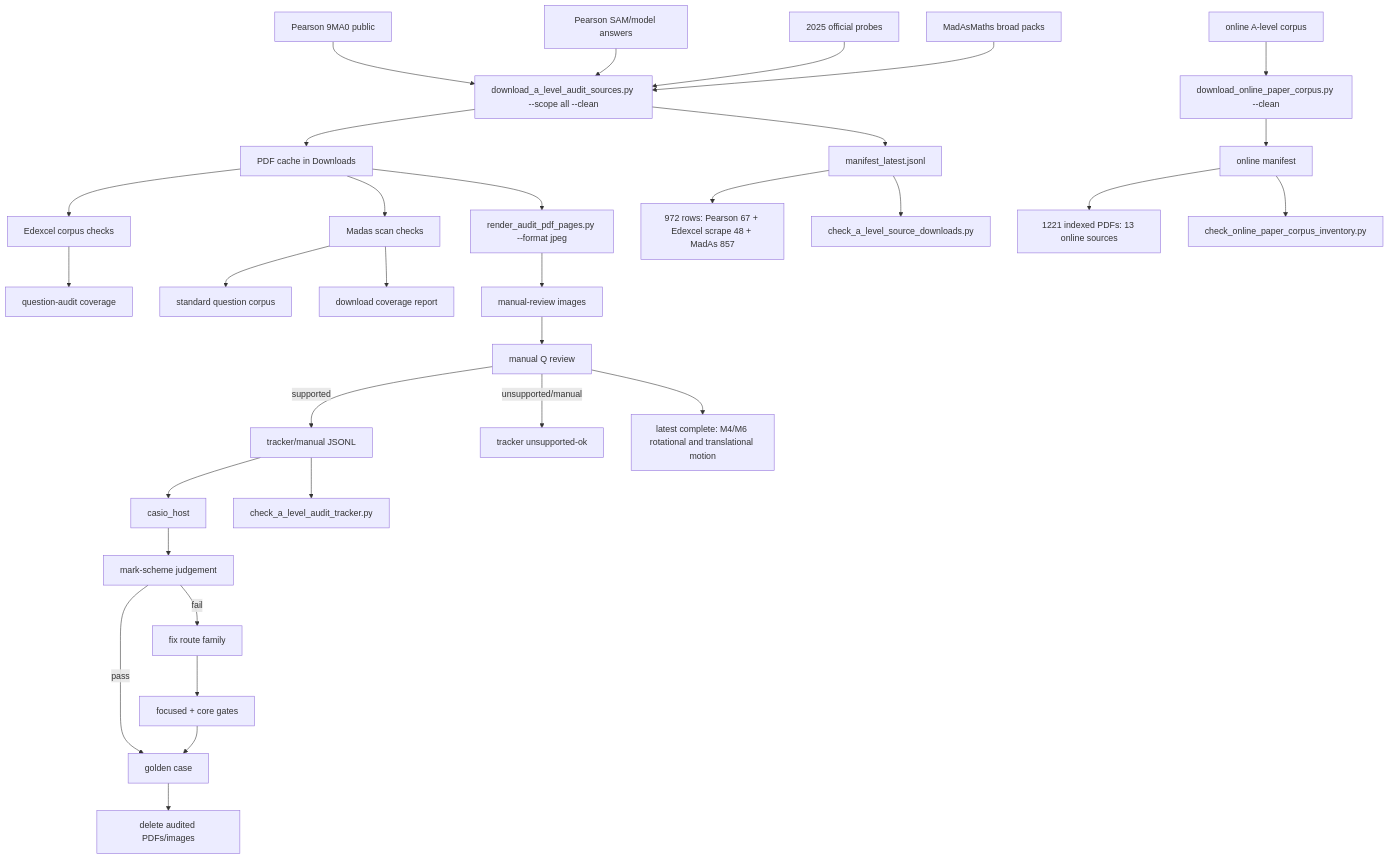
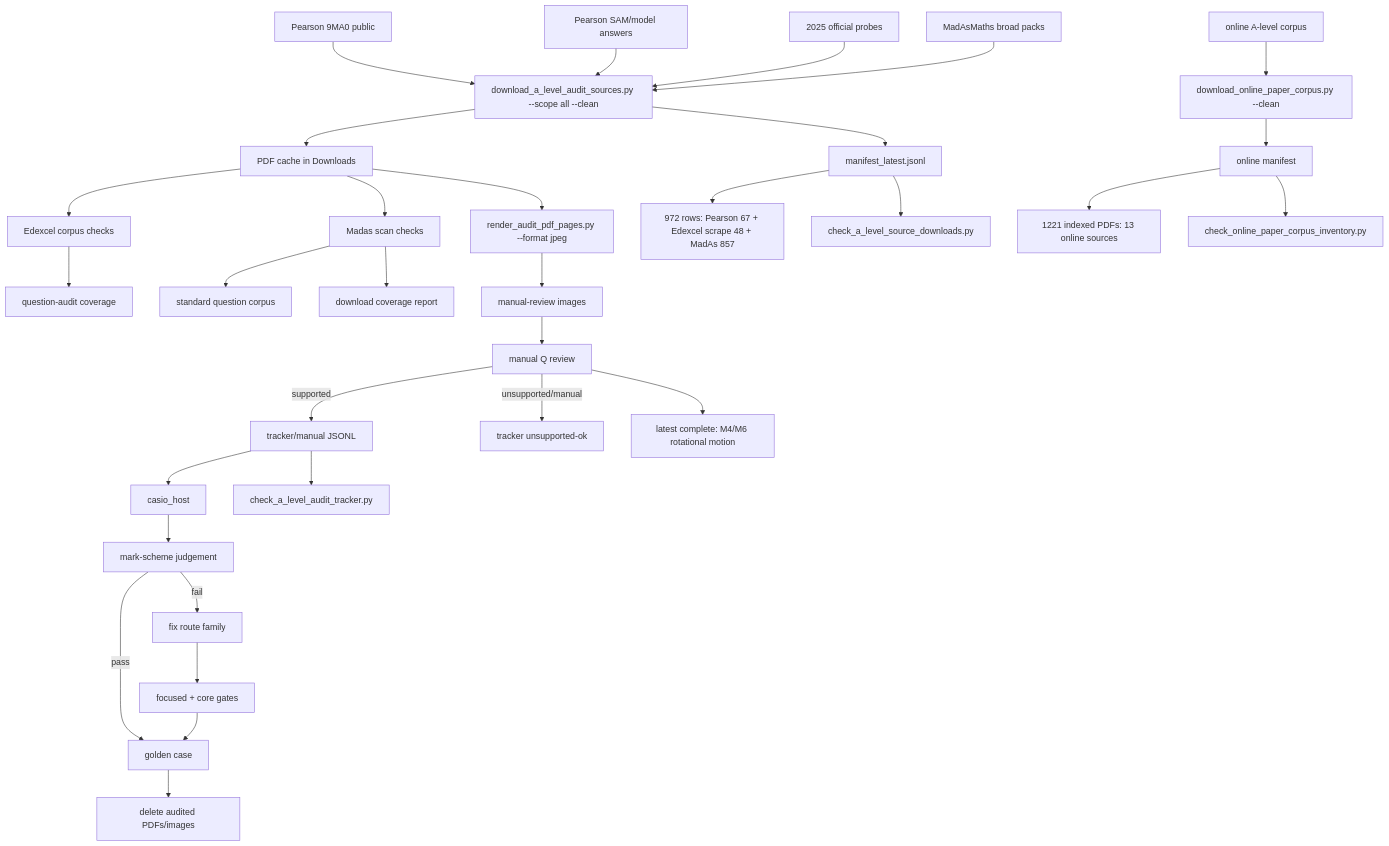
The diagram in c++/tools/golden/a_level_audit_graph.md (james8464/notes-addin-casio-fx-cg50), drawn with Mermaid before and after one commit. The commit also changed other lines of this file and 2 other files, not shown here.

Commit message:
Audit M4 M6 rotational motion booklet

````diff
--- a/c++/tools/golden/a_level_audit_graph.md
+++ b/c++/tools/golden/a_level_audit_graph.md
@@ -3,34 +3,34 @@
 ```mermaid
 graph TD
   E1["Pearson 9MA0 public"] --> D["download_a_level_audit_sources.py --scope all --clean"]
   E2["Pearson SAM/model answers"] --> D
   E3["2025 official probes"] --> D
   M1["MadAsMaths broad packs"] --> D
   O1["online A-level corpus"] --> OD["download_online_paper_corpus.py --clean"]
   D --> P["PDF cache in Downloads"]
   D --> X["manifest_latest.jsonl"]
   OD --> OX["online manifest"]
   X --> XC["972 rows: Pearson 67 + Edexcel scrape 48 + MadAs 857"]
   OX --> OC["1221 indexed PDFs: 13 online sources"]
   X --> V["check_a_level_source_downloads.py"]
   OX --> OV["check_online_paper_corpus_inventory.py"]
   P --> E["Edexcel corpus checks"]
   E --> EQ["question-audit coverage"]
   P --> S["Madas scan checks"]
   S --> M["standard question corpus"]
   S --> MC["download coverage report"]
   P --> R["render_audit_pdf_pages.py --format jpeg"]
   R --> I["manual-review images"]
   I --> Q["manual Q review"]
   Q -->|supported| J["tracker/manual JSONL"]
   Q -->|unsupported/manual| U["tracker unsupported-ok"]
   J --> H["casio_host"]
   J --> K["check_a_level_audit_tracker.py"]
   H --> C["mark-scheme judgement"]
   C -->|pass| G["golden case"]
   C -->|fail| F["fix route family"]
   F --> T["focused + core gates"]
   T --> G
   G --> Z["delete audited PDFs/images"]
-  Q --> Qt["latest complete: M4/M6 rotational and translational motion"]
+  Q --> Qt["latest complete: M4/M6 rotational motion"]
 ```
````
